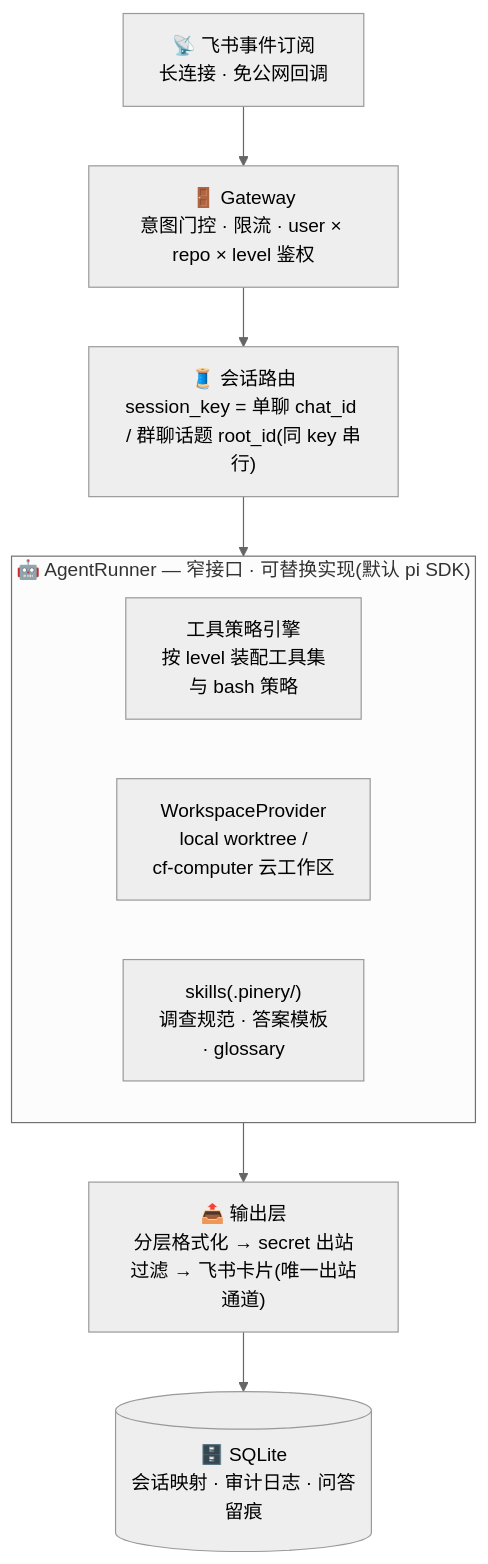
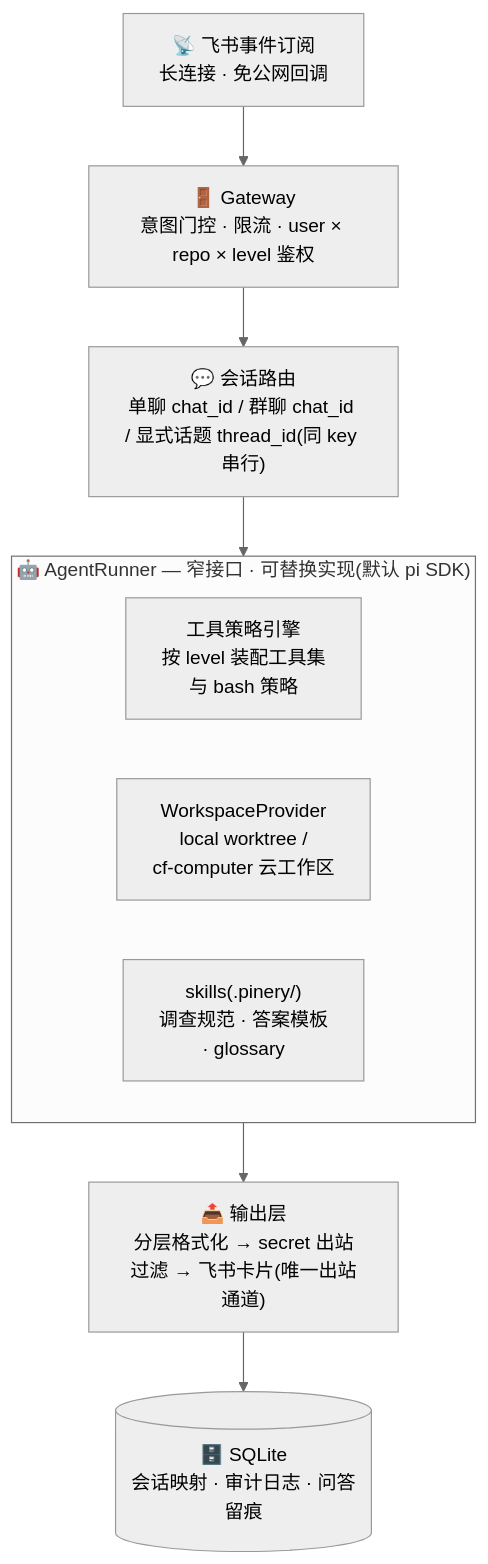
Before and after one commit to Iris-Ares/Pinery: the diagram in README.md, drawn with Mermaid (neutral theme). The commit also changed other lines of this file and 74 other files, not shown here.

````diff
--- a/README.md
+++ b/README.md
@@ -151,14 +153,14 @@
 ```mermaid
 flowchart TD
     FS["📡 飞书事件订阅<br/>长连接 · 免公网回调"] --> GW["🚪 Gateway<br/>意图门控 · 限流 · user × repo × level 鉴权"]
-    GW --> SR["🧵 会话路由<br/>session_key = 单聊 chat_id / 群聊话题 root_id(同 key 串行)"]
+    GW --> SR["💬 会话路由<br/>单聊 chat_id / 群聊 chat_id / 显式话题 thread_id(同 key 串行)"]
     SR --> RUN
     subgraph RUN["🤖 AgentRunner — 窄接口 · 可替换实现(默认 pi SDK)"]
         direction LR
         TP["工具策略引擎<br/>按 level 装配工具集<br/>与 bash 策略"]
         WS["WorkspaceProvider<br/>local worktree /<br/>cf-computer 云工作区"]
         SK["skills(.pinery/)<br/>调查规范 · 答案模板<br/>· glossary"]
     end
     RUN --> OUT["📤 输出层<br/>分层格式化 → secret 出站过滤 → 飞书卡片(唯一出站通道)"]
     OUT --> DB[("🗄️ SQLite<br/>会话映射 · 审计日志 · 问答留痕")]
 ```
````
